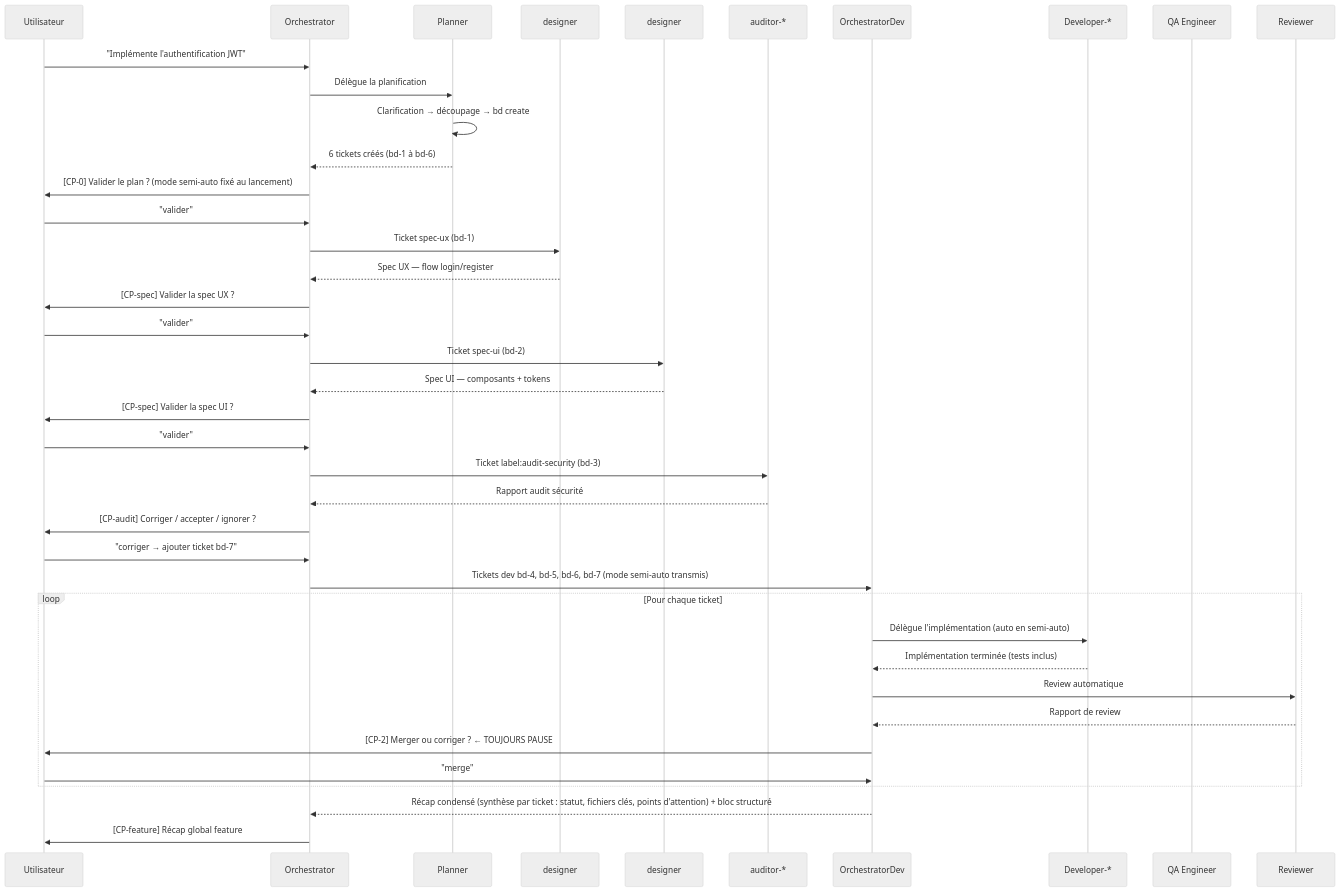
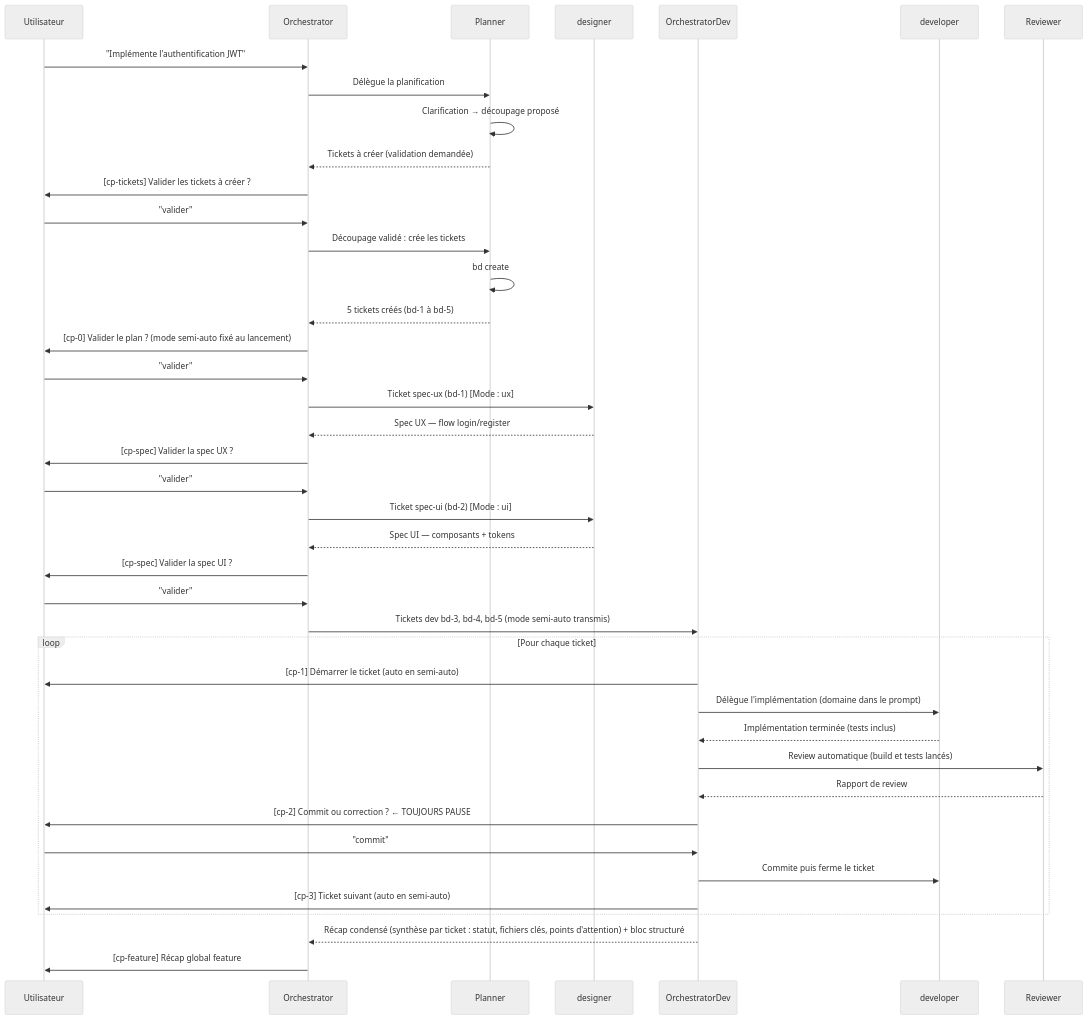
The second of 7 diagrams in docs/guides/workflows.fr.md (datichb/openhub), drawn with Mermaid (neutral theme) before and after one commit. The commit also changed other lines of this file and 28 other files, not shown here.

````diff
--- a/docs/guides/workflows.fr.md
+++ b/docs/guides/workflows.fr.md
@@ -111,48 +111,48 @@
 ```mermaid
 sequenceDiagram
     participant U as Utilisateur
     participant O as Orchestrator
     participant PL as Planner
-    participant UX as designer
-    participant UI as designer
-    participant AU as auditor-*
+    participant D as designer
     participant OD as OrchestratorDev
-    participant DEV as Developer-*
-    participant QA as QA Engineer
+    participant DEV as developer
     participant R as Reviewer
 
     U->>O: "Implémente l'authentification JWT"
     O->>PL: Délègue la planification
-    PL->>PL: Clarification → découpage → bd create
-    PL-->>O: 6 tickets créés (bd-1 à bd-6)
-    O->>U: [CP-0] Valider le plan ? (mode semi-auto fixé au lancement)
+    PL->>PL: Clarification → découpage proposé
+    PL-->>O: Tickets à créer (validation demandée)
+    O->>U: [cp-tickets] Valider les tickets à créer ?
+    U->>O: "valider"
+    O->>PL: Découpage validé : crée les tickets
+    PL->>PL: bd create
+    PL-->>O: 5 tickets créés (bd-1 à bd-5)
+    O->>U: [cp-0] Valider le plan ? (mode semi-auto fixé au lancement)
     U->>O: "valider"
 
-    O->>UX: Ticket spec-ux (bd-1)
-    UX-->>O: Spec UX — flow login/register
-    O->>U: [CP-spec] Valider la spec UX ?
+    O->>D: Ticket spec-ux (bd-1) [Mode : ux]
+    D-->>O: Spec UX — flow login/register
+    O->>U: [cp-spec] Valider la spec UX ?
     U->>O: "valider"
 
-    O->>UI: Ticket spec-ui (bd-2)
-    UI-->>O: Spec UI — composants + tokens
-    O->>U: [CP-spec] Valider la spec UI ?
+    O->>D: Ticket spec-ui (bd-2) [Mode : ui]
+    D-->>O: Spec UI — composants + tokens
+    O->>U: [cp-spec] Valider la spec UI ?
     U->>O: "valider"
 
-    O->>AU: Ticket label:audit-security (bd-3)
-    AU-->>O: Rapport audit sécurité
-    O->>U: [CP-audit] Corriger / accepter / ignorer ?
-    U->>O: "corriger → ajouter ticket bd-7"
-
-    O->>OD: Tickets dev bd-4, bd-5, bd-6, bd-7 (mode semi-auto transmis)
+    O->>OD: Tickets dev bd-3, bd-4, bd-5 (mode semi-auto transmis)
     loop Pour chaque ticket
-        OD->>DEV: Délègue l'implémentation (auto en semi-auto)
+        OD->>U: [cp-1] Démarrer le ticket (auto en semi-auto)
+        OD->>DEV: Délègue l'implémentation (domaine dans le prompt)
         DEV-->>OD: Implémentation terminée (tests inclus)
-        OD->>R: Review automatique
+        OD->>R: Review automatique (build et tests lancés)
         R-->>OD: Rapport de review
-        OD->>U: [CP-2] Merger ou corriger ? ← TOUJOURS PAUSE
-        U->>OD: "merge"
+        OD->>U: [cp-2] Commit ou correction ? ← TOUJOURS PAUSE
+        U->>OD: "commit"
+        OD->>DEV: Commite puis ferme le ticket
+        OD->>U: [cp-3] Ticket suivant (auto en semi-auto)
     end
     OD-->>O: Récap condensé (synthèse par ticket : statut, fichiers clés, points d'attention) + bloc structuré
 
-    O->>U: [CP-feature] Récap global feature
+    O->>U: [cp-feature] Récap global feature
 ```
````
